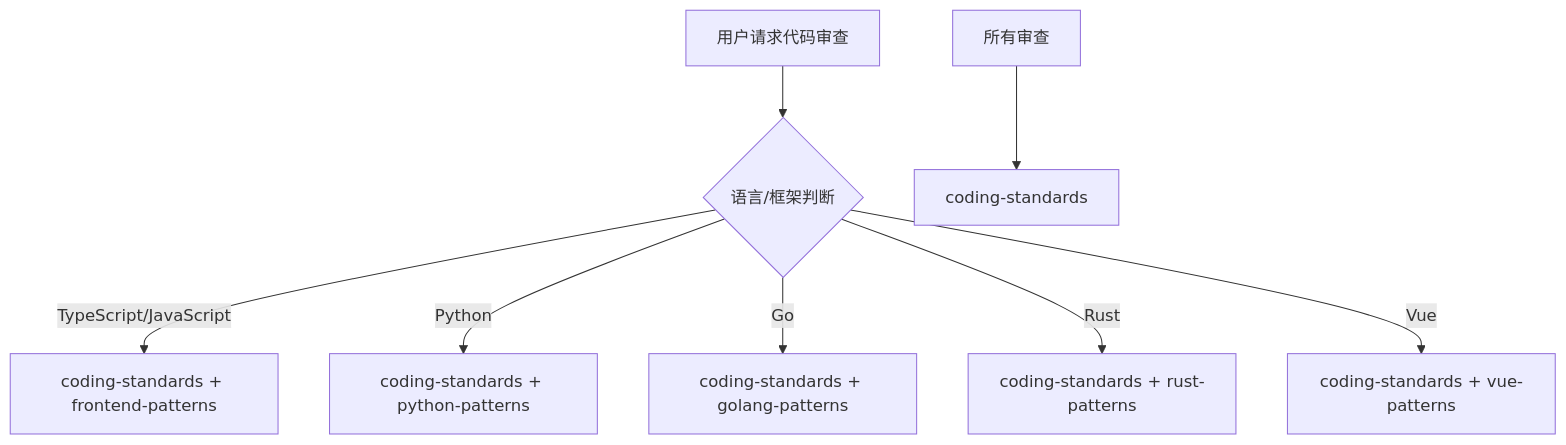
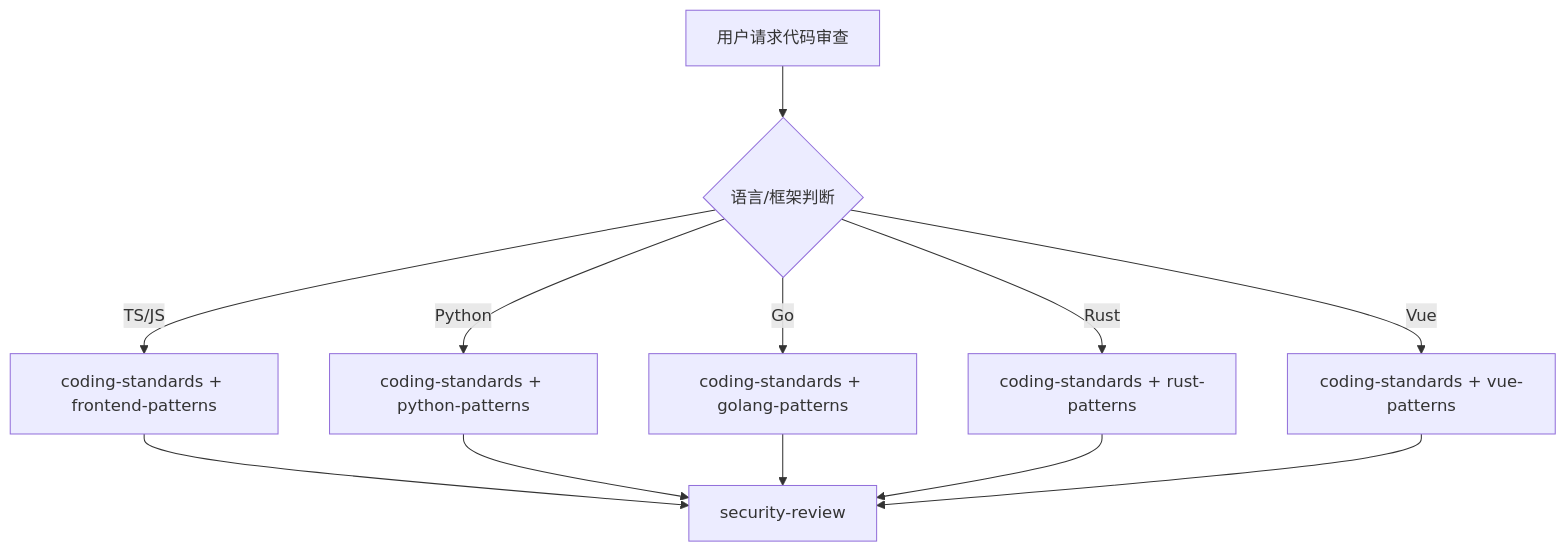
Before and after one commit to Tooooommy/Trae-Workflow: the diagram in agents/code-review-team.md, drawn with Mermaid. The commit also changed other lines of this file and 11 other files, not shown here.

````diff
--- a/agents/code-review-team.md
+++ b/agents/code-review-team.md
@@ -27,11 +27,15 @@
 ```mermaid
 flowchart TD
     A[用户请求代码审查] --> B{语言/框架判断}
-    B -->|TypeScript/JavaScript| C[coding-standards + frontend-patterns]
+    B -->|TS/JS| C[coding-standards + frontend-patterns]
     B -->|Python| D[coding-standards + python-patterns]
     B -->|Go| E[coding-standards + golang-patterns]
     B -->|Rust| F[coding-standards + rust-patterns]
     B -->|Vue| G[coding-standards + vue-patterns]
-    
-    所有审查 --> H[coding-standards]
+
+    C --> H[security-review]
+    D --> H
+    E --> H
+    F --> H
+    G --> H
 ```
````
